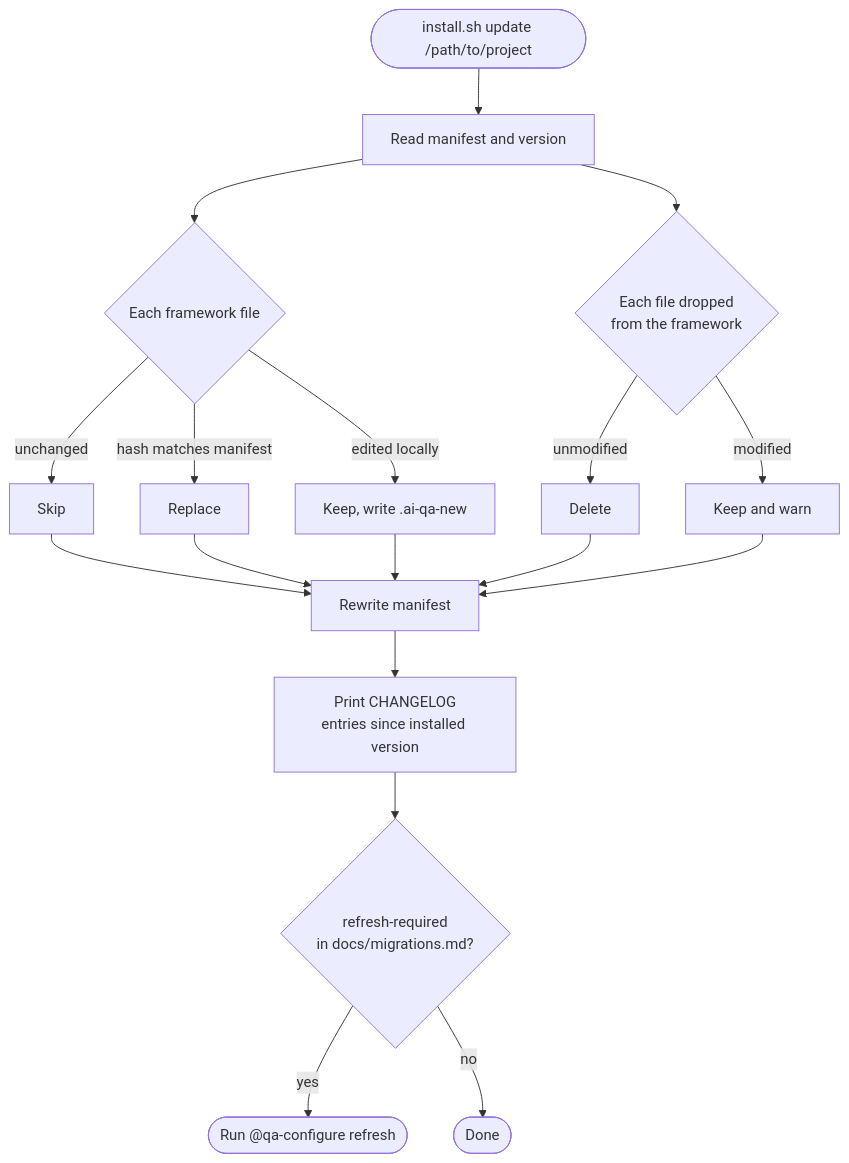
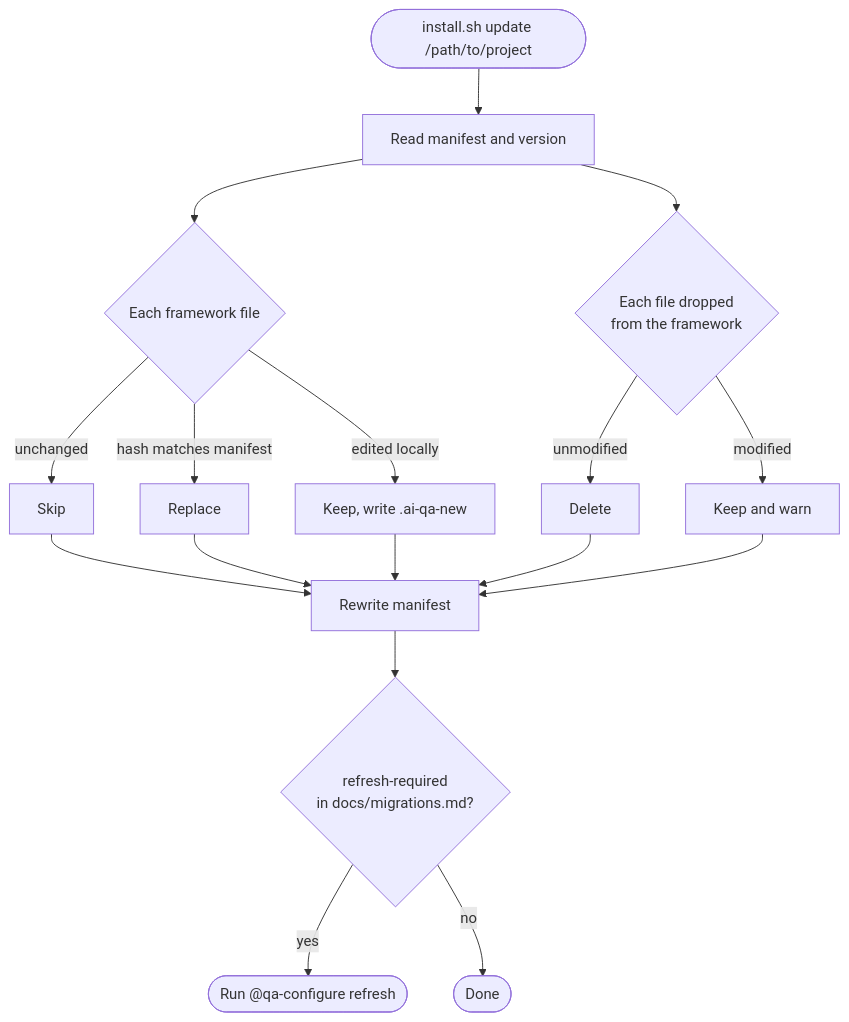
The second of 4 diagrams in docs/flows/01-install.md (bmad-kainos/ai-qa), drawn with Mermaid before and after one commit. The commit also changed 7 other files, not shown here.

Commit message:
chore: remove CHANGELOG; installers no longer print it

````diff
--- a/docs/flows/01-install.md
+++ b/docs/flows/01-install.md
@@ -28,21 +28,20 @@
 ```mermaid
 flowchart TD
   A(["install.sh update /path/to/project"])
   A --> B["Read manifest and version"]
   B --> C{"Each framework file"}
   C -->|unchanged| C1["Skip"]
   C -->|"hash matches manifest"| C2["Replace"]
   C -->|"edited locally"| C3["Keep, write .ai-qa-new"]
   B --> D{"Each file dropped<br/>from the framework"}
   D -->|unmodified| D1["Delete"]
   D -->|modified| D2["Keep and warn"]
   C1 --> E["Rewrite manifest"]
   C2 --> E
   C3 --> E
   D1 --> E
   D2 --> E
-  E --> F["Print CHANGELOG<br/>entries since installed version"]
-  F --> G{"refresh-required<br/>in docs/migrations.md?"}
+  E --> G{"refresh-required<br/>in docs/migrations.md?"}
   G -->|yes| H(["Run @qa-configure refresh"])
   G -->|no| I(["Done"])
 ```
````
